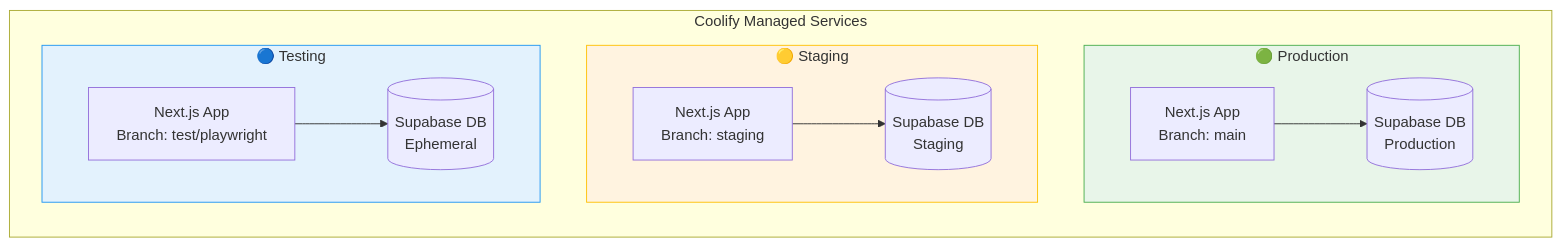
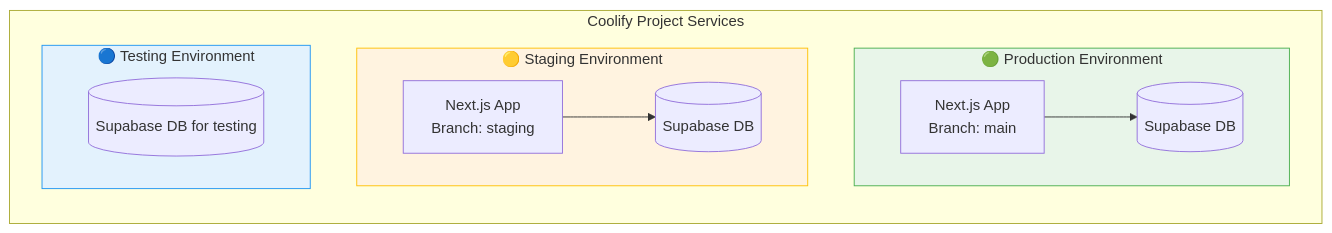
The second of 4 diagrams in deployment.md (tao101/Self-Hosted-Next.js-Supabase-Fullstack-Starter-Template), drawn with Mermaid before and after one commit. The commit also changed other lines of this file, not shown here.

Commit message:
Update Coolify and Supabase deployment documentation
- Refine Mermaid diagram for deployment environments
- Simplify environment labels and remove redundant details
- Update Supabase service configuration steps
- Add key environment variable retrieval instructions
- Streamline testing environment representation

````diff
--- a/deployment.md
+++ b/deployment.md
@@ -32,25 +32,25 @@
 ```mermaid
 graph TD
-    subgraph Coolify_Environments["Coolify Managed Services"]
+    subgraph Coolify_Environments["Coolify Project Services"]
         direction TB
 
-        subgraph Production["🟢 Production"]
+        subgraph Production["🟢 Production Environment"]
             direction LR
-            P_Nextjs[Next.js App<br/>Branch: main] --> P_Supabase[(Supabase DB<br/>Production)]
+            P_Nextjs[Next.js App<br/>Branch: main] --> P_Supabase[(Supabase DB<br/>)]
         end
 
-        subgraph Staging["🟡 Staging"]
+        subgraph Staging["🟡 Staging Environment"]
             direction LR
-            S_Nextjs[Next.js App<br/>Branch: staging] --> S_Supabase[(Supabase DB<br/>Staging)]
+            S_Nextjs[Next.js App<br/>Branch: staging] --> S_Supabase[(Supabase DB<br/>)]
         end
 
-        subgraph Testing["🔵 Testing"]
+        subgraph Testing["🔵 Testing Environment"]
             direction LR
-            T_Nextjs[Next.js App<br/>Branch: test/playwright] --> T_Supabase[(Supabase DB<br/>Ephemeral)]
+             T_Supabase[(Supabase DB for testing<br/>)]
         end
     end
 
     style Production fill:#e8f5e9,stroke:#4CAF50
     style Staging fill:#fff3e0,stroke:#FFC107
     style Testing fill:#e3f2fd,stroke:#2196F3
 ```
````
